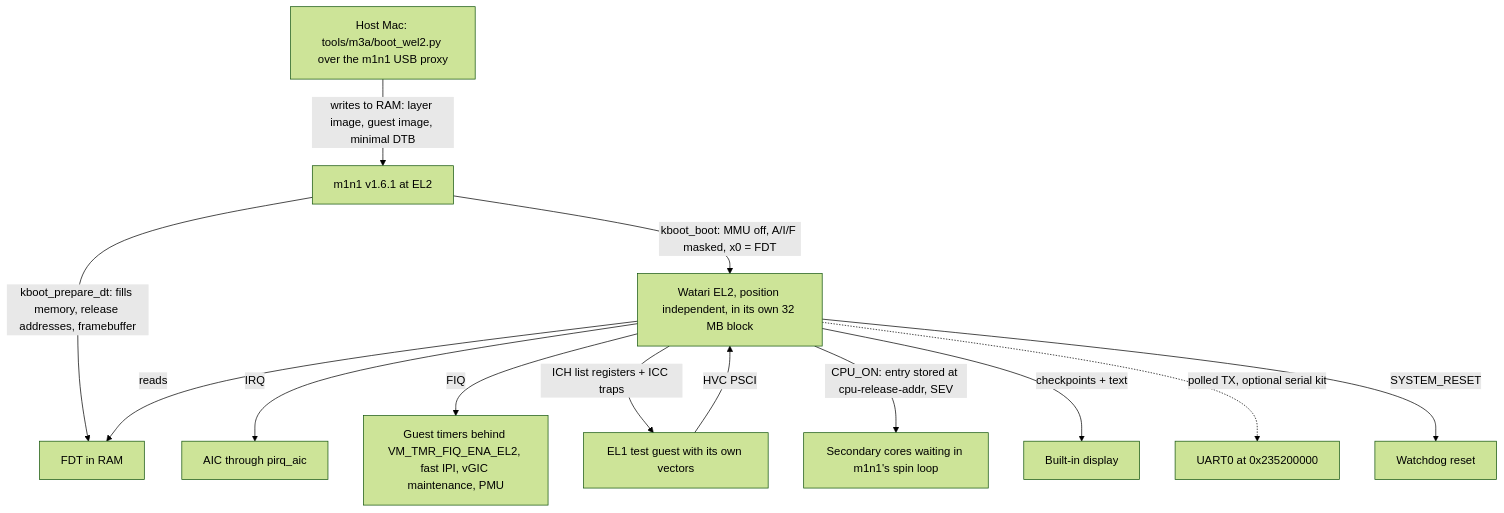
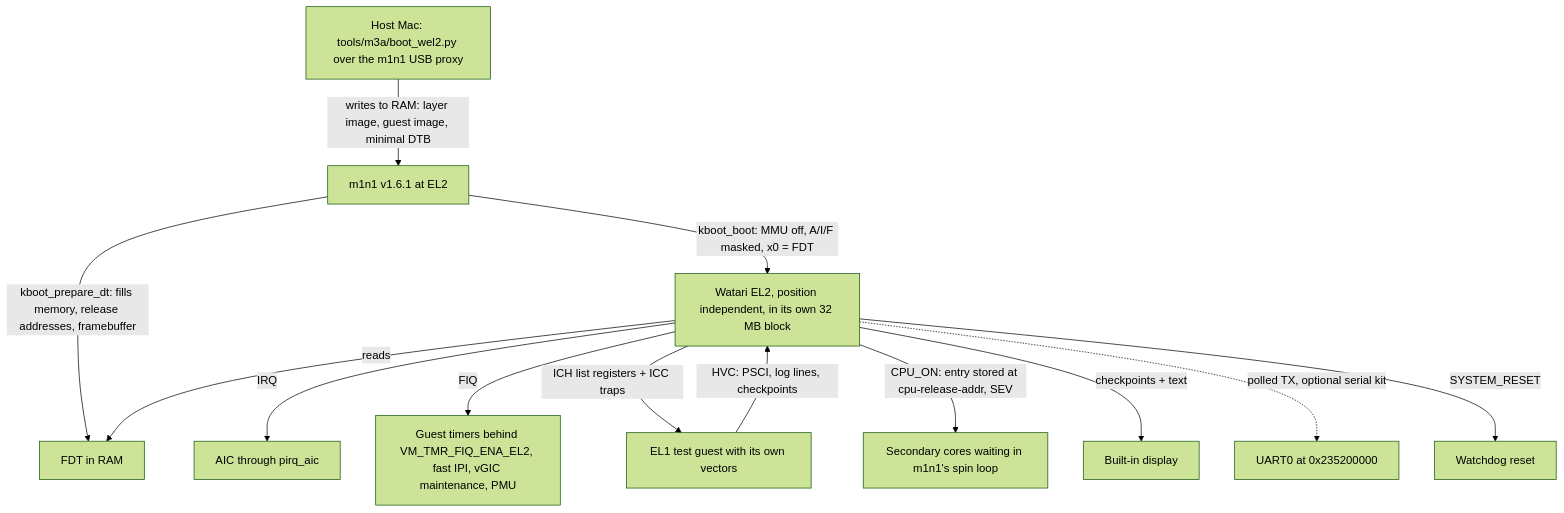
The diagram in docs/design/watari-el2-m1boot/README.md (ZonatedCord/WatariBoot), drawn with Mermaid (forest theme) before and after one commit. The commit also changed other lines of this file and 4 other files, not shown here.

````diff
--- a/docs/design/watari-el2-m1boot/README.md
+++ b/docs/design/watari-el2-m1boot/README.md
@@ -20,15 +20,15 @@
 ```mermaid
 flowchart TD
   H[Host Mac: tools/m3a/boot_wel2.py over the m1n1 USB proxy] -->|writes to RAM: layer image, guest image, minimal DTB| M[m1n1 v1.6.1 at EL2]
   M -->|kboot_prepare_dt: fills memory, release addresses, framebuffer| F[FDT in RAM]
   M -->|kboot_boot: MMU off, A/I/F masked, x0 = FDT| L[Watari EL2, position independent, in its own 32 MB block]
   L -->|reads| F
   L -->|IRQ| A[AIC through pirq_aic]
   L -->|FIQ| Q[Guest timers behind VM_TMR_FIQ_ENA_EL2, fast IPI, vGIC maintenance, PMU]
   L -->|ICH list registers + ICC traps| G[EL1 test guest with its own vectors]
-  G -->|HVC PSCI| L
+  G -->|HVC: PSCI, log lines, checkpoints| L
   L -->|CPU_ON: entry stored at cpu-release-addr, SEV| S[Secondary cores waiting in m1n1's spin loop]
   L -->|checkpoints + text| FB[Built-in display]
   L -.->|polled TX, optional serial kit| U[UART0 at 0x235200000]
   L -->|SYSTEM_RESET| W[Watchdog reset]
 ```
````
